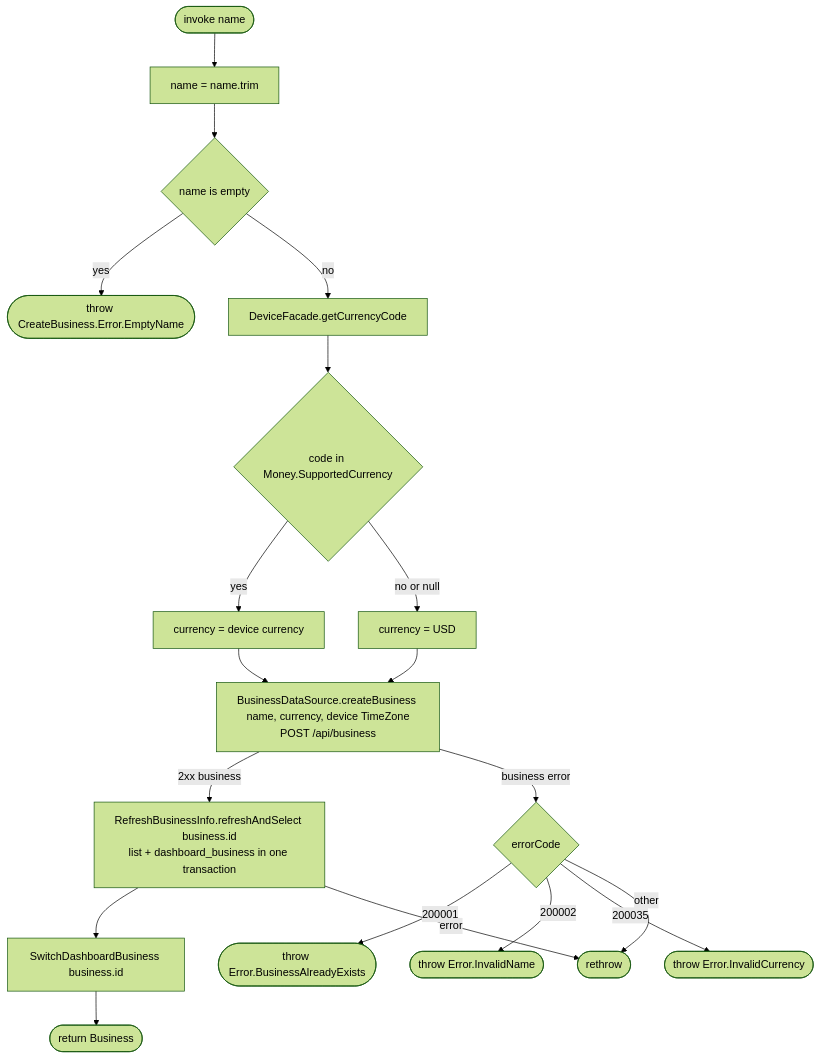
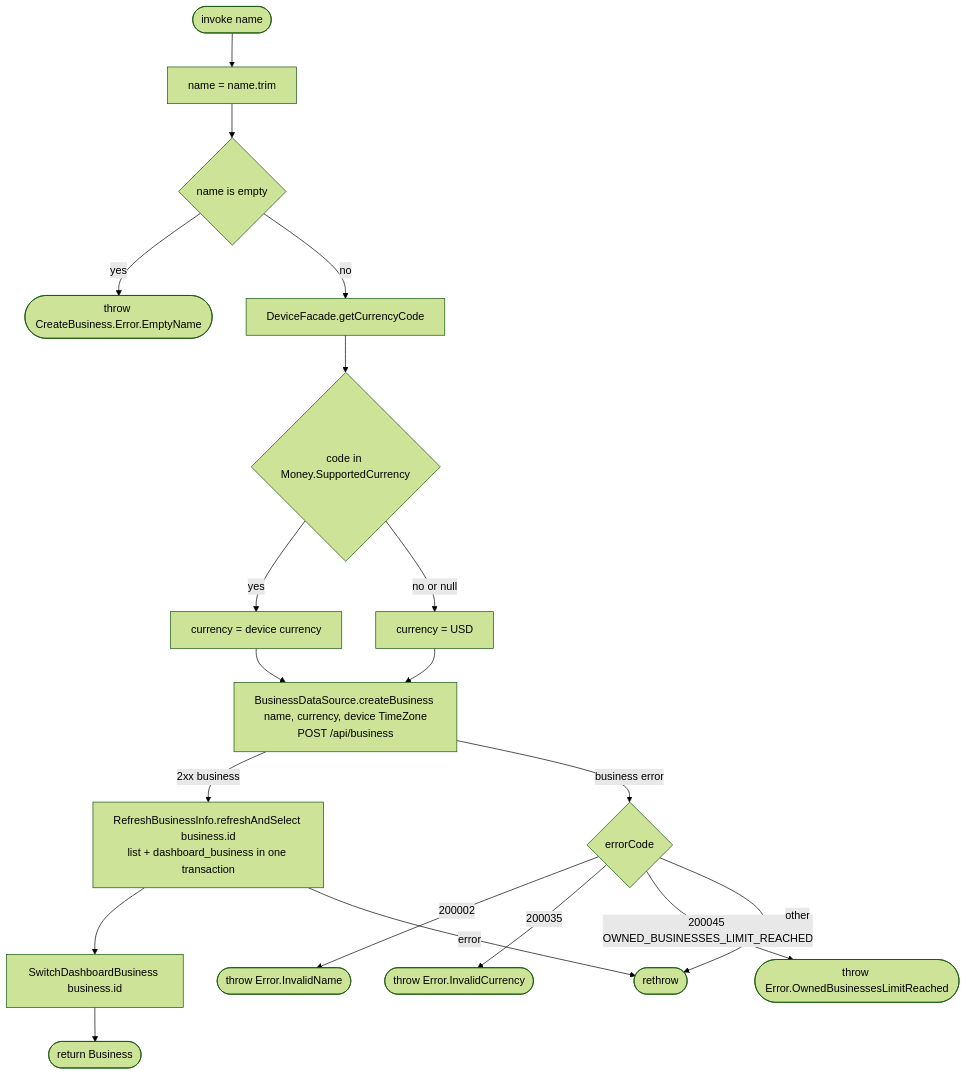
Before and after one commit to nocturneproperties/bookkme-client: the diagram in docs/operations/business/create-business.md, drawn with Mermaid (forest theme). The commit also changed other lines of this file and 91 other files, not shown here.

````diff
--- a/docs/operations/business/create-business.md
+++ b/docs/operations/business/create-business.md
@@ -17,21 +21,21 @@
 ```mermaid
 flowchart TD
     Start([invoke name]) --> Trim[name = name.trim]
     Trim --> Blank{name is empty}
     Blank -- yes --> E0([throw CreateBusiness.Error.EmptyName])
     Blank -- no --> Cur[DeviceFacade.getCurrencyCode]
     Cur --> Supported{code in Money.SupportedCurrency}
     Supported -- yes --> Device[currency = device currency]
     Supported -- no or null --> Fallback[currency = USD]
     Device --> Net[BusinessDataSource.createBusiness name, currency, device TimeZone<br/>POST /api/business]
     Fallback --> Net
     Net -- 2xx business --> Refresh[RefreshBusinessInfo.refreshAndSelect business.id<br/>list + dashboard_business in one transaction]
     Refresh --> Switch[SwitchDashboardBusiness business.id]
     Switch --> R([return Business])
     Net -- business error --> Code{errorCode}
-    Code -- 200001 --> Exists([throw Error.BusinessAlreadyExists])
     Code -- 200002 --> Invalid([throw Error.InvalidName])
     Code -- 200035 --> Currency([throw Error.InvalidCurrency])
+    Code -- 200045 OWNED_BUSINESSES_LIMIT_REACHED --> Limit([throw Error.OwnedBusinessesLimitReached])
     Code -- other --> EX([rethrow])
     Refresh -- error --> EX
 ```
````
